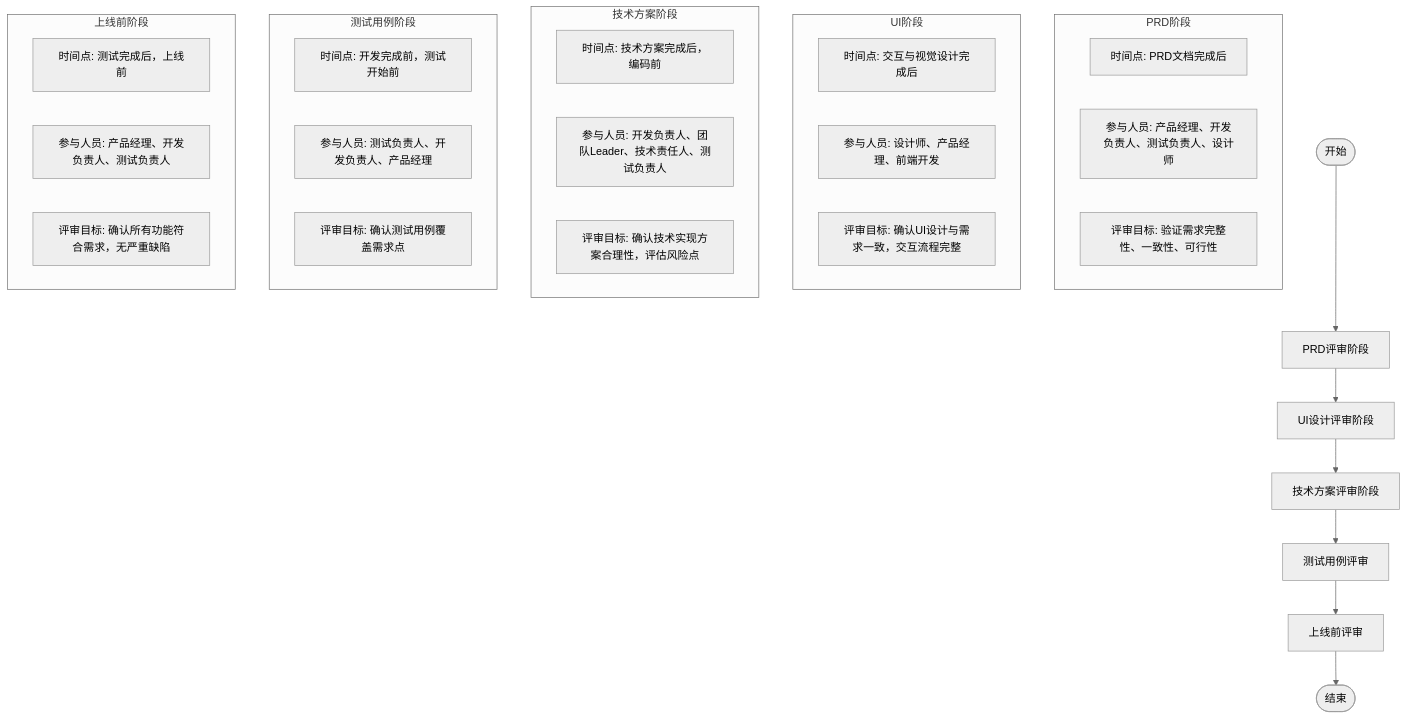
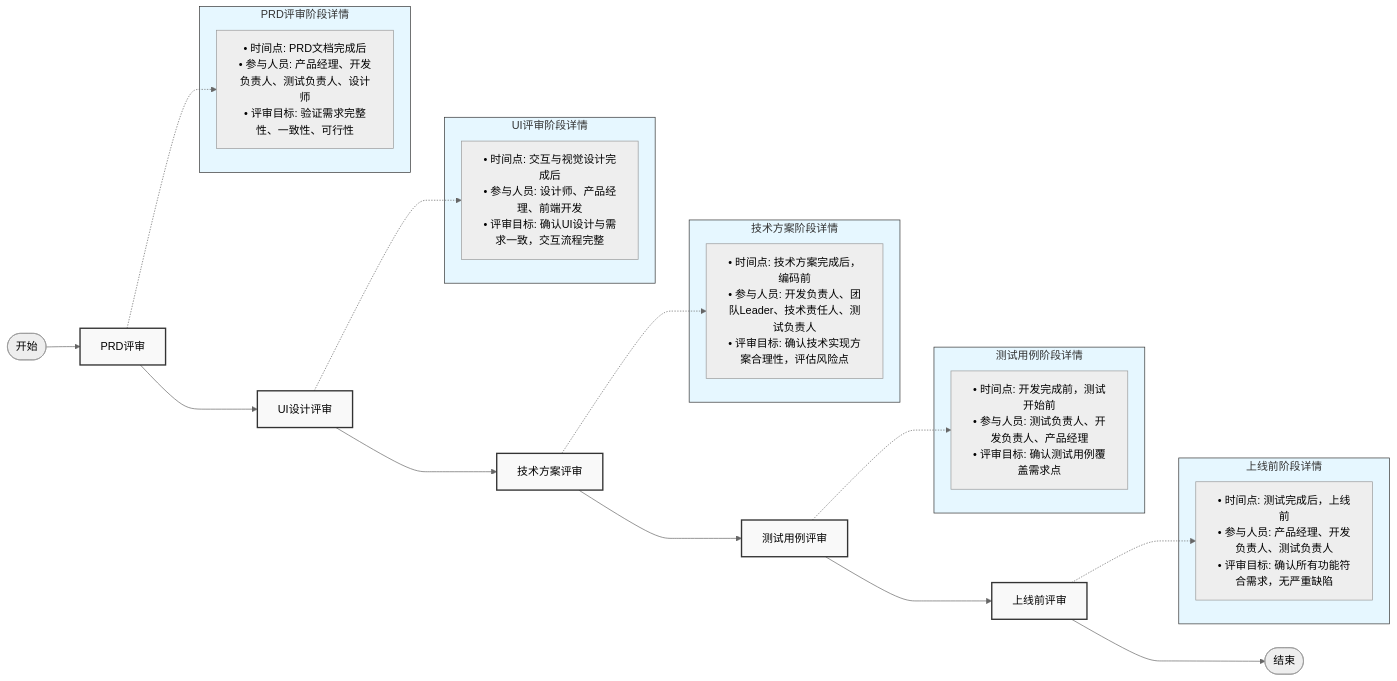
Before and after one commit to Taskon-xyz/PR: the first of 11 diagrams in 开发流程图.md, drawn with Mermaid (neutral theme). The commit also changed other lines of this file and 1 other file, not shown here.

````diff
--- a/开发流程图.md
+++ b/开发流程图.md
@@ -5,39 +5,41 @@
 ```mermaid
-graph TD
-    Start([开始]) --> PRD[PRD评审阶段]
-    PRD --> UI[UI设计评审阶段]
-    UI --> Tech[技术方案评审阶段]
+graph LR
+    classDef phaseBox fill:#f9f9f9,stroke:#333,stroke-width:2px
+    classDef infoBox fill:#e6f7ff,stroke:#333,stroke-width:1px
+    
+    Start([开始]) --> PRD[PRD评审]
+    PRD --> UI[UI设计评审]
+    UI --> Tech[技术方案评审]
     Tech --> Test[测试用例评审]
     Test --> Launch[上线前评审]
     Launch --> End([结束])
     
-    subgraph PRD1[PRD阶段]
-    PRD_1["时间点: PRD文档完成后"]
-    PRD_2["参与人员: 产品经理、开发负责人、测试负责人、设计师"]
-    PRD_3["评审目标: 验证需求完整性、一致性、可行性"]
+    PRD -.-> PRD_Info
+    UI -.-> UI_Info
+    Tech -.-> Tech_Info
+    Test -.-> Test_Info
+    Launch -.-> Launch_Info
+    
+    subgraph PRDDetails[PRD评审阶段详情]
+    PRD_Info["• 时间点: PRD文档完成后<br>• 参与人员: 产品经理、开发负责人、测试负责人、设计师<br>• 评审目标: 验证需求完整性、一致性、可行性"]
     end
     
-    subgraph UI1[UI阶段]
-    UI_1["时间点: 交互与视觉设计完成后"]
-    UI_2["参与人员: 设计师、产品经理、前端开发"]
-    UI_3["评审目标: 确认UI设计与需求一致，交互流程完整"]
+    subgraph UIDetails[UI评审阶段详情]
+    UI_Info["• 时间点: 交互与视觉设计完成后<br>• 参与人员: 设计师、产品经理、前端开发<br>• 评审目标: 确认UI设计与需求一致，交互流程完整"]
     end
     
-    subgraph Tech1[技术方案阶段]
-    Tech_1["时间点: 技术方案完成后，编码前"]
-    Tech_2["参与人员: 开发负责人、团队Leader、技术责任人、测试负责人"]
-    Tech_3["评审目标: 确认技术实现方案合理性，评估风险点"]
+    subgraph TechDetails[技术方案阶段详情]
+    Tech_Info["• 时间点: 技术方案完成后，编码前<br>• 参与人员: 开发负责人、团队Leader、技术责任人、测试负责人<br>• 评审目标: 确认技术实现方案合理性，评估风险点"]
     end
     
-    subgraph Test1[测试用例阶段]
-    Test_1["时间点: 开发完成前，测试开始前"]
-    Test_2["参与人员: 测试负责人、开发负责人、产品经理"]
-    Test_3["评审目标: 确认测试用例覆盖需求点"]
+    subgraph TestDetails[测试用例阶段详情]
+    Test_Info["• 时间点: 开发完成前，测试开始前<br>• 参与人员: 测试负责人、开发负责人、产品经理<br>• 评审目标: 确认测试用例覆盖需求点"]
     end
     
-    subgraph Launch1[上线前阶段]
-    Launch_1["时间点: 测试完成后，上线前"]
-    Launch_2["参与人员: 产品经理、开发负责人、测试负责人"]
-    Launch_3["评审目标: 确认所有功能符合需求，无严重缺陷"]
+    subgraph LaunchDetails[上线前阶段详情]
+    Launch_Info["• 时间点: 测试完成后，上线前<br>• 参与人员: 产品经理、开发负责人、测试负责人<br>• 评审目标: 确认所有功能符合需求，无严重缺陷"]
     end
+    
+    class PRDDetails,UIDetails,TechDetails,TestDetails,LaunchDetails infoBox
+    class PRD,UI,Tech,Test,Launch phaseBox
 ```
````
